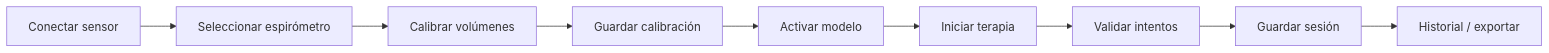
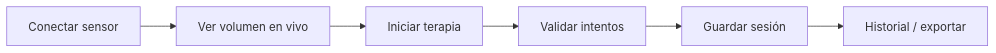
The diagram in README.md (narajoEmmanuel/app-rehab-respiratoria), drawn with Mermaid before and after one commit. The commit also changed other lines of this file and 6 other files, not shown here.

````diff
--- a/README.md
+++ b/README.md
@@ -80,11 +99,8 @@
 ```mermaid
 flowchart LR
-  A[Conectar sensor] --> B[Seleccionar espirómetro]
-  B --> C[Calibrar volúmenes]
-  C --> D[Guardar calibración]
-  D --> E[Activar modelo]
-  E --> F[Iniciar terapia]
-  F --> G[Validar intentos]
-  G --> H[Guardar sesión]
-  H --> I[Historial / exportar]
+  A[Conectar sensor] --> B[Ver volumen en vivo]
+  B --> C[Iniciar terapia]
+  C --> D[Validar intentos]
+  D --> E[Guardar sesión]
+  E --> F[Historial / exportar]
 ```
````
